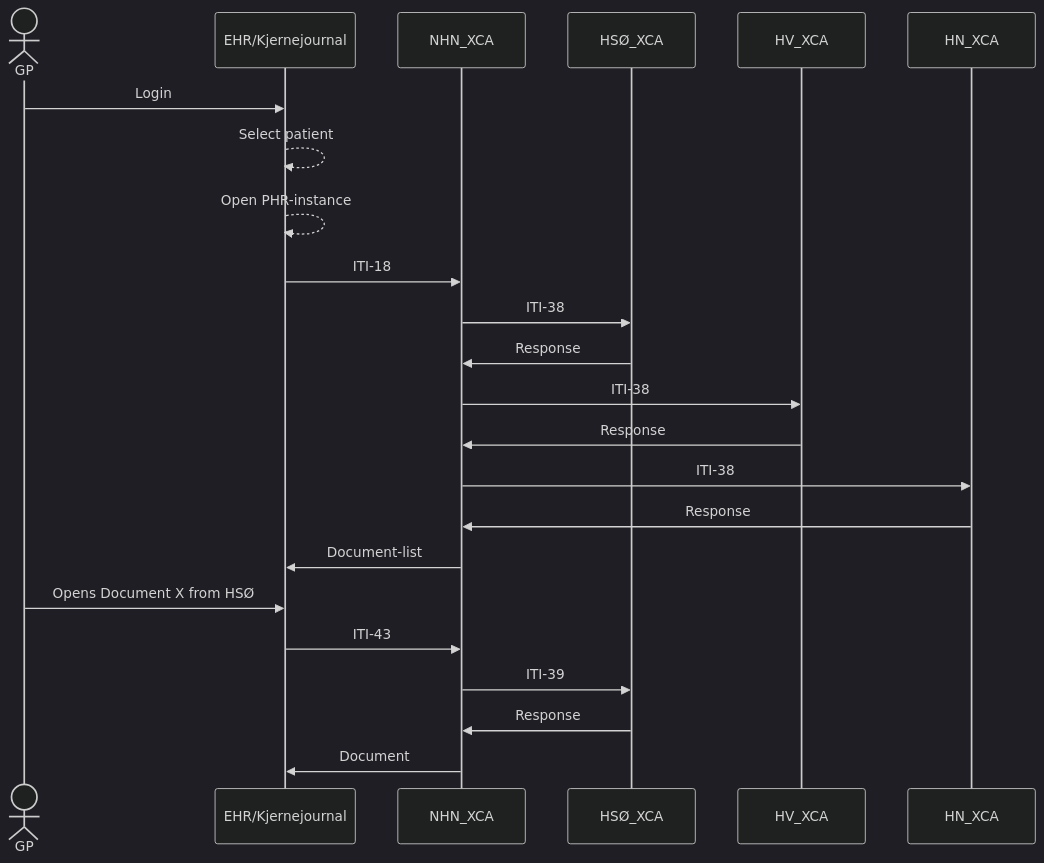
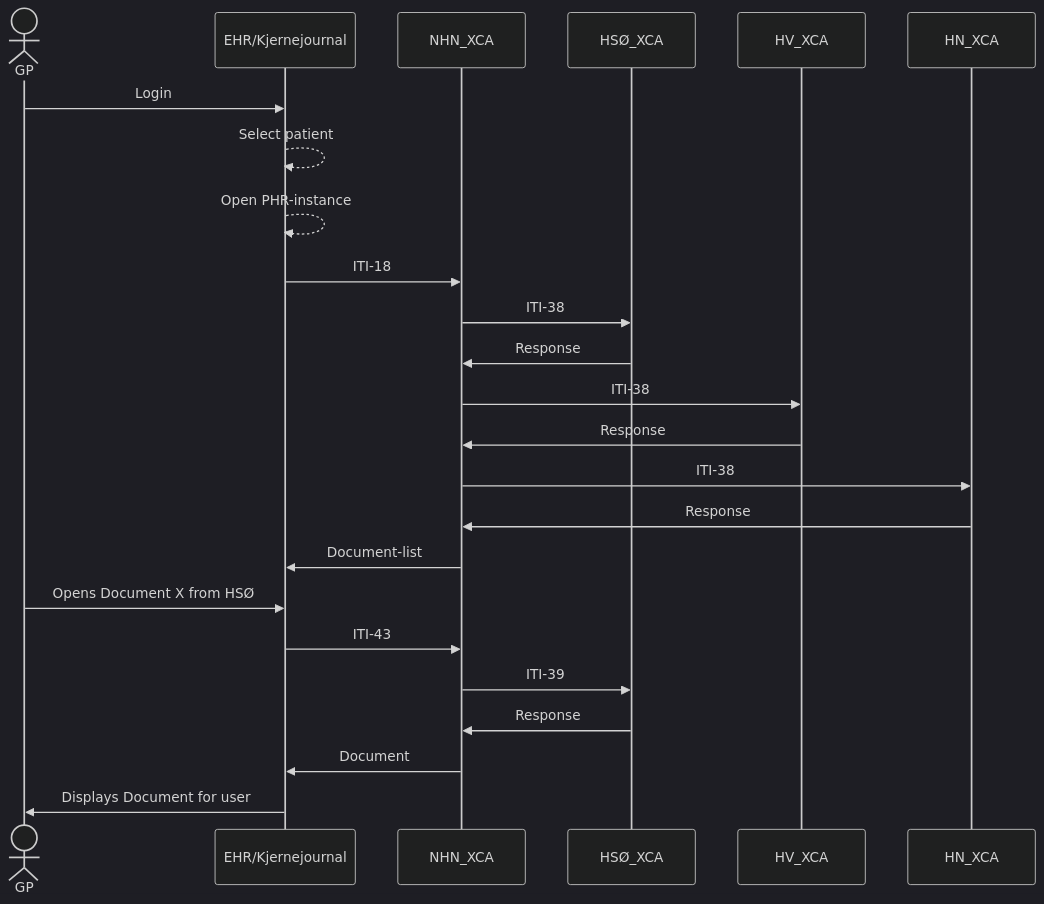
One commit to timmo-nhn/XcaDocumentSource changed the diagram in Docs/Overview.md. Above: the diagram before and after it, drawn with Mermaid. The commit also changed other lines of this file and 7 other files, not shown here.

````diff
--- a/Docs/Overview.md
+++ b/Docs/Overview.md
@@ -34,27 +34,28 @@
 ```mermaid
 %%{init: {'theme':'dark'}}%%
 
 sequenceDiagram
     actor GP
     participant KJ as EHR/Kjernejournal
     participant NHN_XCA
     participant HSØ_XCA
     participant HV_XCA
     participant HN_XCA
     GP->>KJ:Login
     KJ-->>KJ:Select patient
     KJ-->>KJ:Open PHR-instance
     KJ->>NHN_XCA:ITI-18
     NHN_XCA->>HSØ_XCA:ITI-38
     HSØ_XCA->>NHN_XCA:Response
     NHN_XCA->>HV_XCA:ITI-38
     HV_XCA->>NHN_XCA:Response
     NHN_XCA->>HN_XCA:ITI-38
     HN_XCA->>NHN_XCA:Response
     NHN_XCA->>KJ:Document-list
     GP->>KJ:Opens Document X from HSØ
     KJ->>NHN_XCA:ITI-43
     NHN_XCA->>HSØ_XCA:ITI-39
     HSØ_XCA->>NHN_XCA:Response
     NHN_XCA->>KJ:Document
+    KJ->>GP:Displays Document for user
 ```
````
